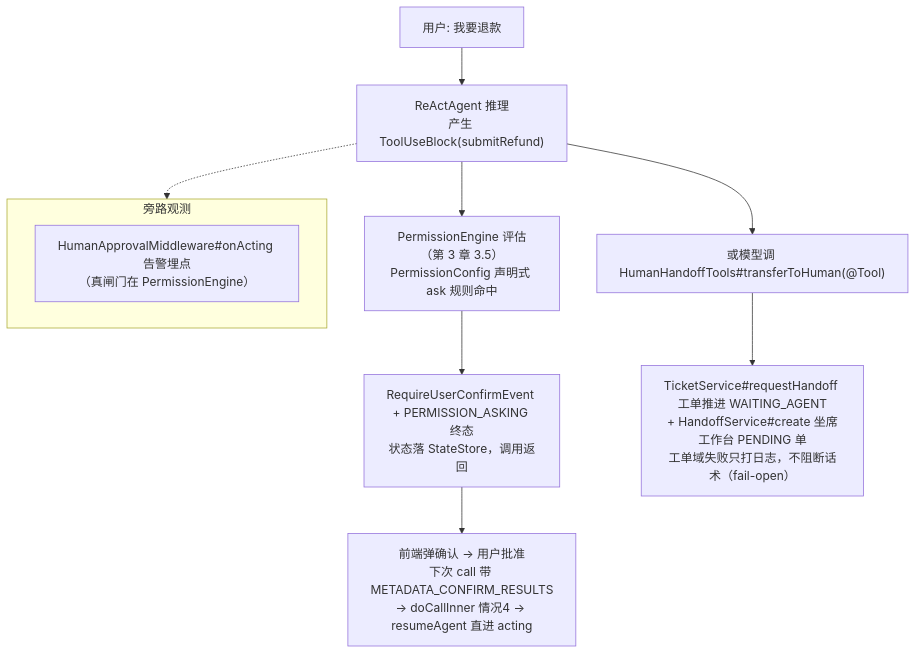
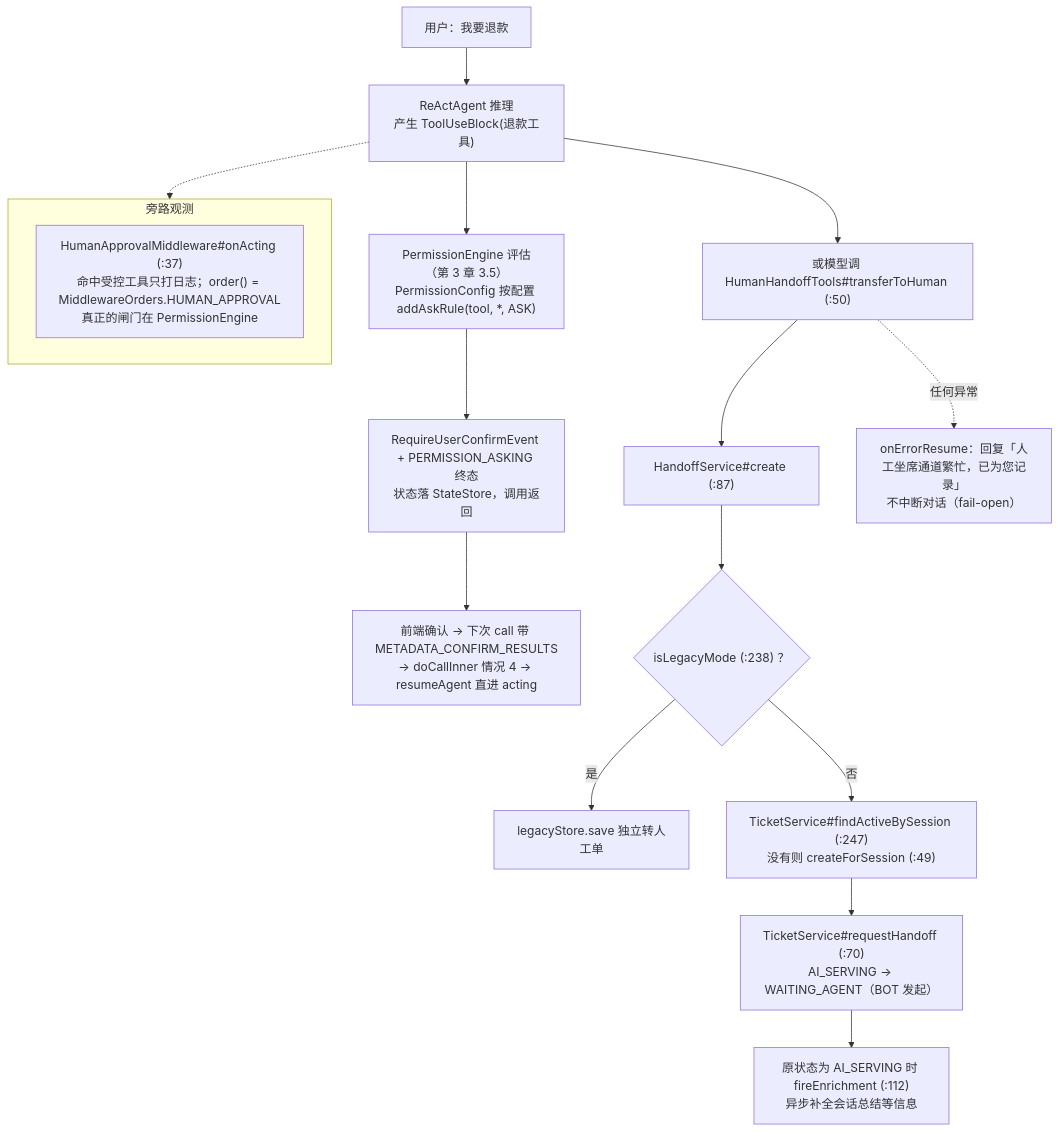
One commit to liulangjietou/AgentScope-source-analysis changed the fifth of 8 diagrams in 09-customer_work场景全景映射.md. Above: the diagram before and after it, drawn with Mermaid. The commit also changed other lines of this file and 10 other files, not shown here.

First line of the commit message:
docs: 补全方法级调用链路图并标注 main 未发版变更

````diff
--- a/09-customer_work场景全景映射.md
+++ b/09-customer_work场景全景映射.md
@@ -90,13 +141,19 @@
 ```mermaid
 flowchart TB
-    U["用户: 我要退款"] --> AGENT["ReActAgent 推理<br/>产生 ToolUseBlock(submitRefund)"]
-    AGENT --> PERM["PermissionEngine 评估（第 3 章 3.5）<br/>PermissionConfig 声明式 ask 规则命中"]
+    U["用户：我要退款"] --> AGENT["ReActAgent 推理<br/>产生 ToolUseBlock(退款工具)"]
+    AGENT --> PERM["PermissionEngine 评估（第 3 章 3.5）<br/>PermissionConfig 按配置 addAskRule(tool, *, ASK)"]
     PERM --> ASKED["RequireUserConfirmEvent + PERMISSION_ASKING 终态<br/>状态落 StateStore，调用返回"]
-    ASKED --> CONFIRM["前端弹确认 → 用户批准<br/>下次 call 带 METADATA_CONFIRM_RESULTS<br/>→ doCallInner 情况4 → resumeAgent 直进 acting"]
-    AGENT --> HAND["或模型调 HumanHandoffTools#transferToHuman(@Tool)"]
-    HAND --> TICKET["TicketService#requestHandoff 工单推进 WAITING_AGENT<br/>+ HandoffService#create 坐席工作台 PENDING 单<br/>工单域失败只打日志，不阻断话术（fail-open）"]
+    ASKED --> CONFIRM["前端确认 → 下次 call 带 METADATA_CONFIRM_RESULTS<br/>→ doCallInner 情况 4 → resumeAgent 直进 acting"]
+    AGENT --> HAND["或模型调 HumanHandoffTools#transferToHuman (:50)"]
+    HAND --> HS["HandoffService#create (:87)"]
+    HS --> LEG{"isLegacyMode (:238) ？"}
+    LEG -->|"是"| LS["legacyStore.save 独立转人工单"]
+    LEG -->|"否"| TK["TicketService#findActiveBySession (:247)<br/>没有则 createForSession (:49)"]
+    TK --> RH["TicketService#requestHandoff (:70)<br/>AI_SERVING → WAITING_AGENT（BOT 发起）"]
+    RH --> EN["原状态为 AI_SERVING 时 fireEnrichment (:112)<br/>异步补全会话总结等信息"]
+    HAND -.->|"任何异常"| BUSY["onErrorResume：回复「人工坐席通道繁忙，已为您记录」<br/>不中断对话（fail-open）"]
     subgraph OBS["旁路观测"]
-        HAM["HumanApprovalMiddleware#onActing 告警埋点<br/>（真闸门在 PermissionEngine）"]
+        HAM["HumanApprovalMiddleware#onActing (:37)<br/>命中受控工具只打日志；order() = MiddlewareOrders.HUMAN_APPROVAL<br/>真正的闸门在 PermissionEngine"]
     end
     AGENT -.-> OBS
 ```
````
